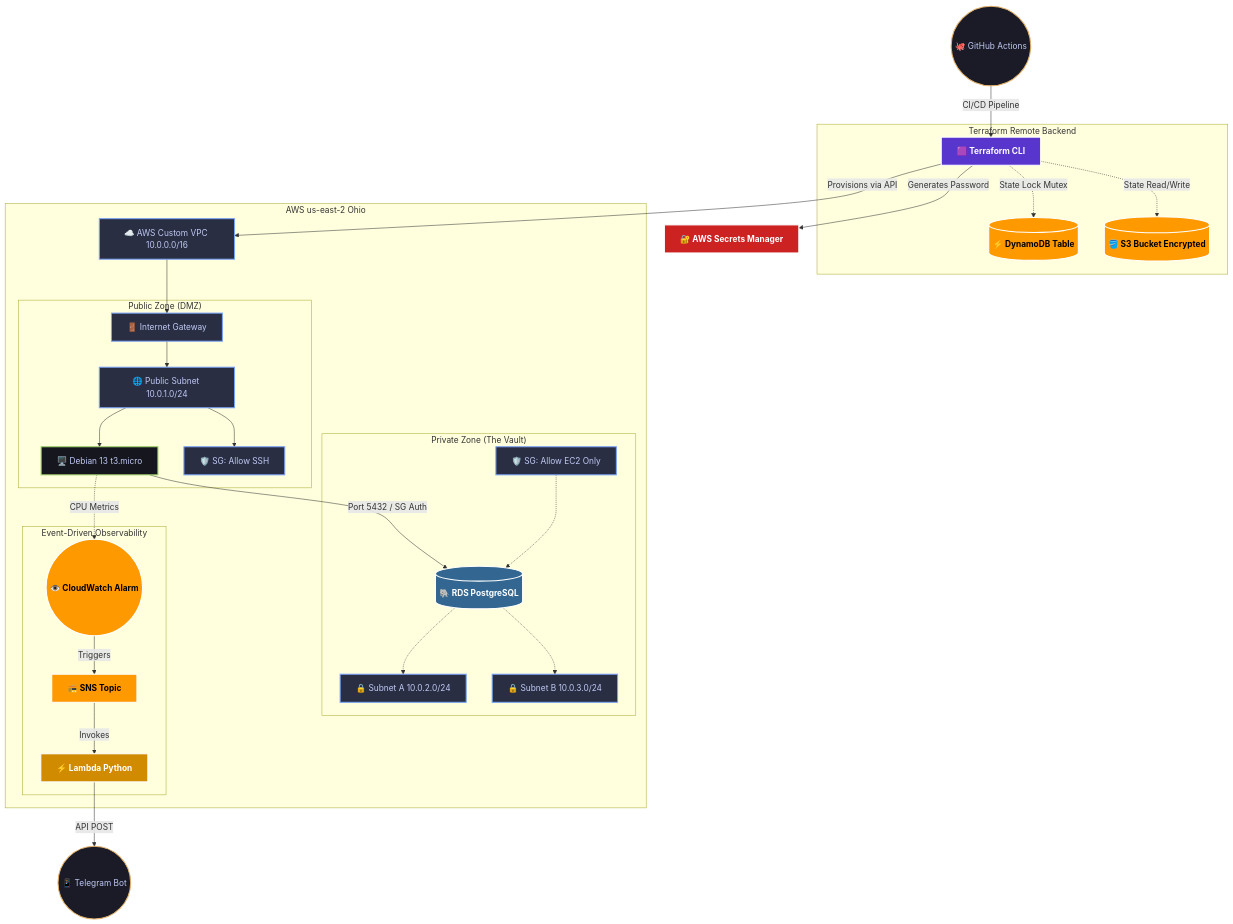
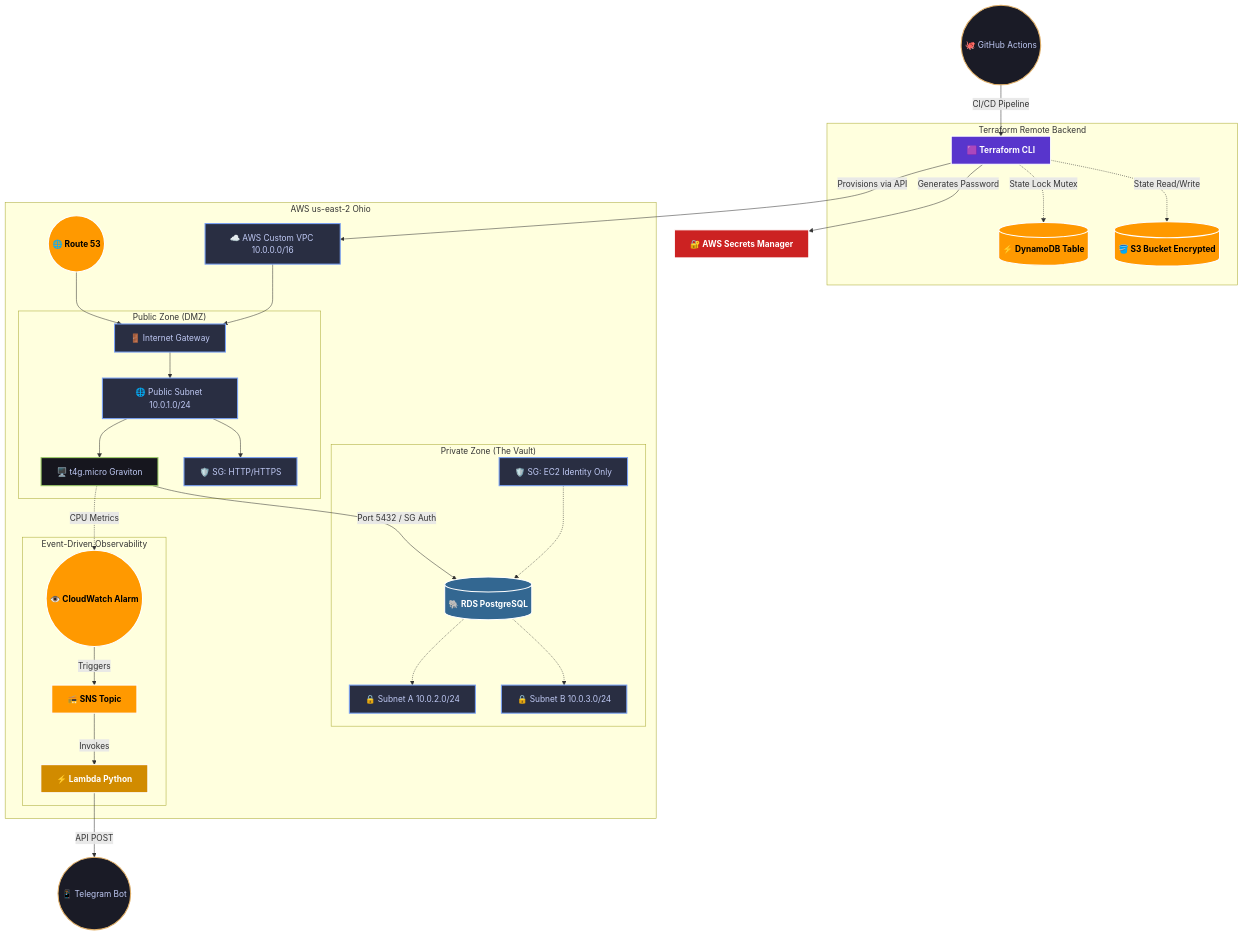
The diagram in README.md (ezequieldlv/mysstic-cloud), drawn with Mermaid before and after one commit. The commit also changed other lines of this file and 32 other files, not shown here.

Commit message:
feat(infra): refactor to enterprise modular architecture, implement ansible roles, and execute AWS go-live

````diff
--- a/README.md
+++ b/README.md
@@ -27,46 +27,47 @@
 ```mermaid
 graph TD
     classDef aws fill:#FF9900,stroke:#fff,stroke-width:2px,color:#000,font-weight:bold
     classDef tf fill:#5835CC,stroke:#fff,stroke-width:2px,color:#fff,font-weight:bold
     classDef cicd fill:#1a1b26,stroke:#e0af68,stroke-width:2px,color:#c0caf5
     classDef net fill:#292e42,stroke:#7aa2f7,stroke-width:2px,color:#c0caf5
     classDef compute fill:#16161e,stroke:#9ece6a,stroke-width:2px,color:#c0caf5
     classDef db fill:#336791,stroke:#fff,stroke-width:2px,color:#fff,font-weight:bold
     classDef sec fill:#cc2222,stroke:#fff,stroke-width:2px,color:#fff,font-weight:bold
     classDef serverless fill:#D18B00,stroke:#fff,stroke-width:2px,color:#fff,font-weight:bold
 
     GitHub((🐙 GitHub Actions)):::cicd -->|CI/CD Pipeline| TF[🟪 Terraform CLI]:::tf
     
     subgraph "Terraform Remote Backend"
         TF -.->|State Lock Mutex| Dynamo[(⚡ DynamoDB Table)]:::aws
         TF -.->|State Read/Write| S3[(🪣 S3 Bucket Encrypted)]:::aws
     end
 
     TF -->|Provisions via API| VPC[☁️ AWS Custom VPC 10.0.0.0/16]:::net
     TF -->|Generates Password| Vault[🔐 AWS Secrets Manager]:::sec
 
     subgraph "AWS us-east-2 Ohio"
+        Route53((🌐 Route 53)):::aws --> IGW
         VPC --> IGW[🚪 Internet Gateway]:::net
         
         subgraph "Public Zone (DMZ)"
             IGW --> PubSub[🌐 Public Subnet 10.0.1.0/24]:::net
-            PubSub --> EC2[🖥️ Debian 13 t3.micro]:::compute
-            PubSub --> SG1[🛡️ SG: Allow SSH]:::net
+            PubSub --> EC2[🖥️ t4g.micro Graviton]:::compute
+            PubSub --> SG1[🛡️ SG: HTTP/HTTPS]:::net
         end
 
         subgraph "Private Zone (The Vault)"
             EC2 -->|Port 5432 / SG Auth| RDS[(🐘 RDS PostgreSQL)]:::db
             RDS -.-> PrivSub1[🔒 Subnet A 10.0.2.0/24]:::net
             RDS -.-> PrivSub2[🔒 Subnet B 10.0.3.0/24]:::net
-            SG2[🛡️ SG: Allow EC2 Only]:::net -.-> RDS
+            SG2[🛡️ SG: EC2 Identity Only]:::net -.-> RDS
         end
         
         subgraph "Event-Driven Observability"
             EC2 -.->|CPU Metrics| CW((👁️ CloudWatch Alarm)):::aws
             CW -->|Triggers| SNS[📻 SNS Topic]:::aws
             SNS -->|Invokes| Lambda[⚡ Lambda Python]:::serverless
         end
     end
     
     Lambda -->|API POST| Telegram((📱 Telegram Bot)):::cicd
 ```
````
